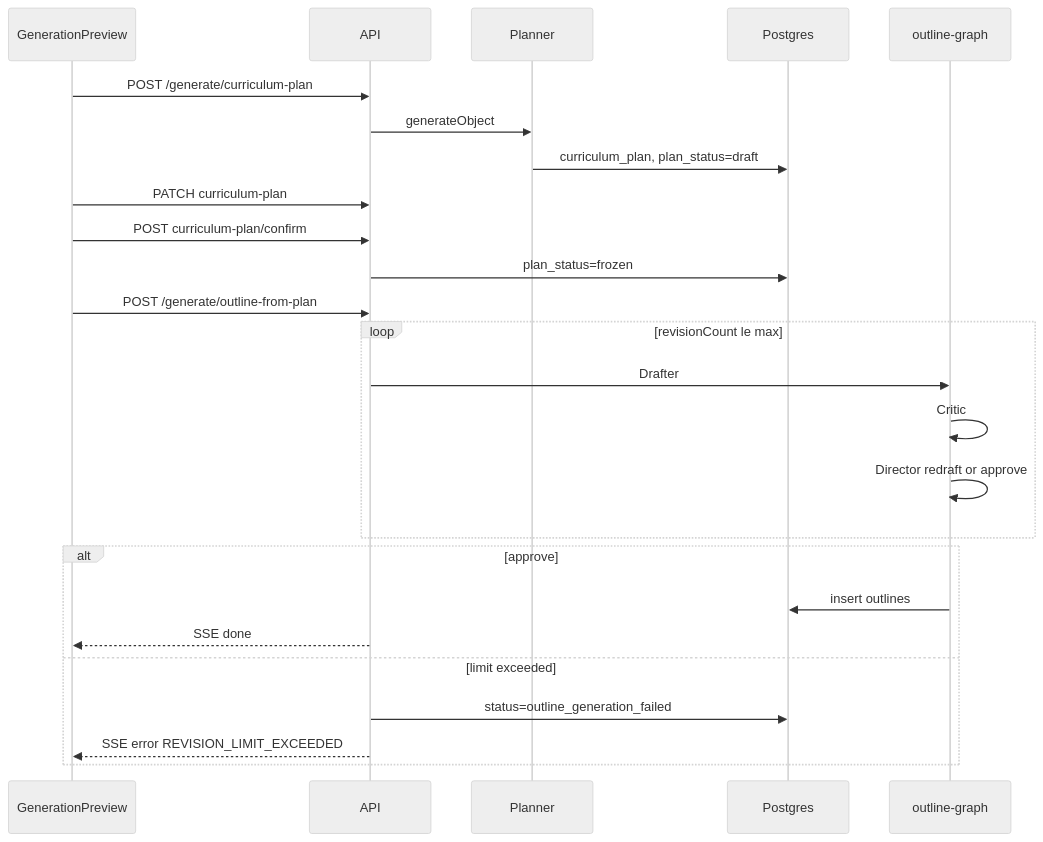
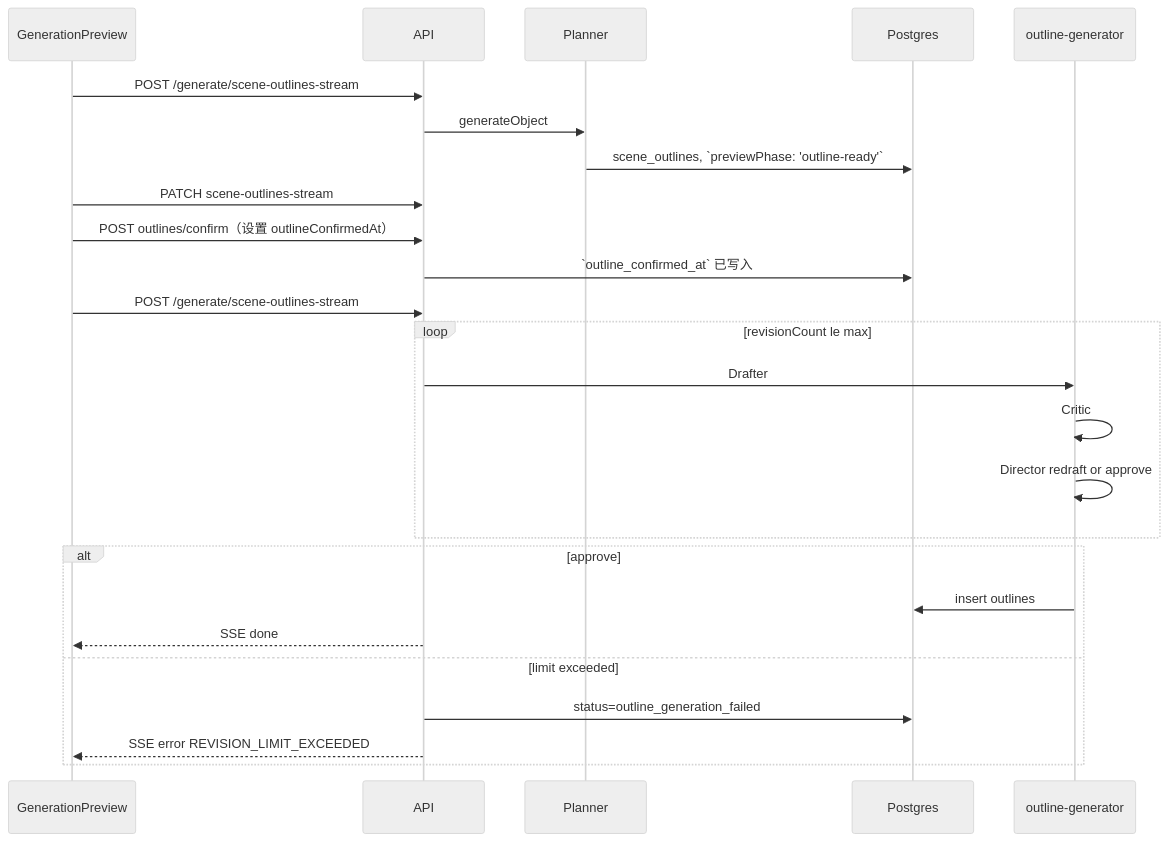
One commit to HeyChizuru/mindflow changed the fifth of 6 diagrams in docs/ARCHITECTURE.md. Above: the diagram before and after it, drawn with Mermaid (neutral theme). The commit also changed other lines of this file and 8 other files, not shown here.

````diff
--- a/docs/ARCHITECTURE.md
+++ b/docs/ARCHITECTURE.md
@@ -306,29 +285,29 @@
 ```mermaid
 sequenceDiagram
   participant P as GenerationPreview
   participant API as API
   participant PL as Planner
   participant DB as Postgres
-  participant G as outline-graph
+  participant G as outline-generator
 
-  P->>API: POST /generate/curriculum-plan
+  P->>API: POST /generate/scene-outlines-stream
   API->>PL: generateObject
-  PL->>DB: curriculum_plan, plan_status=draft
-  P->>API: PATCH curriculum-plan
-  P->>API: POST curriculum-plan/confirm
-  API->>DB: plan_status=frozen
+  PL->>DB: scene_outlines, `previewPhase: 'outline-ready'`
+  P->>API: PATCH scene-outlines-stream
+  P->>API: POST outlines/confirm（设置 outlineConfirmedAt）
+  API->>DB: `outline_confirmed_at` 已写入
 
-  P->>API: POST /generate/outline-from-plan
+  P->>API: POST /generate/scene-outlines-stream
   loop revisionCount le max
     API->>G: Drafter
     G->>G: Critic
     G->>G: Director redraft or approve
   end
   alt approve
     G->>DB: insert outlines
     API-->>P: SSE done
   else limit exceeded
     API->>DB: status=outline_generation_failed
     API-->>P: SSE error REVISION_LIMIT_EXCEEDED
   end
 ```
````
